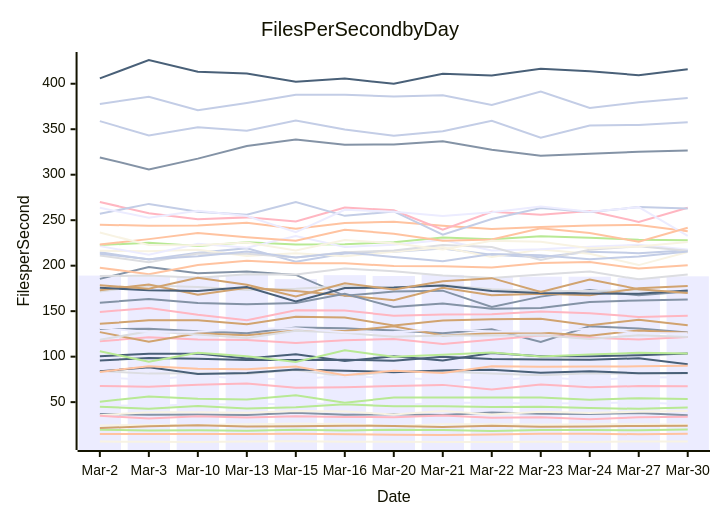
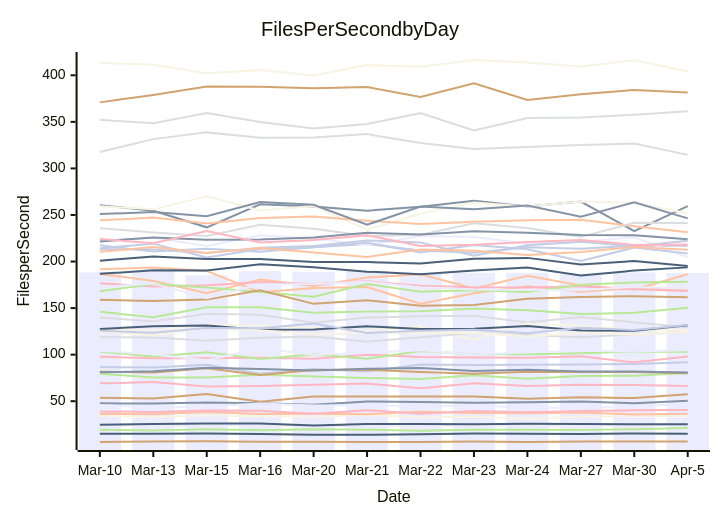
Before and after one commit to streetsidesoftware/cspell: the diagram in perf-report.md, drawn with Mermaid. The commit also changed other lines of this file and 2 other files, not shown here.

````diff
--- a/perf-report.md
+++ b/perf-report.md
@@ -11,57 +11,57 @@
 ```mermaid
 xychart-beta
     title Files Per Second by Day
     y-axis Files per Second
-    x-axis Date [Mar-2, Mar-3, Mar-10, Mar-13, Mar-15, Mar-16, Mar-20, Mar-21, Mar-22, Mar-23, Mar-24, Mar-27, Mar-30]
-    bar [189.15, 187.99, 188.38, 189.98, 185.21, 189.57, 188.63, 189.87, 187.45, 187.93, 187.93, 186.35, 188.30]
-    line [130.27, 130.71, 127.81, 125.76, 132.01, 131.14, 128.67, 125.67, 130.11, 116.06, 133.46, 130.91, 126.44]
-    line [15.09, 15.05, 14.93, 14.92, 15.23, 14.84, 14.06, 13.99, 14.45, 15.39, 15.15, 14.76, 15.30]
-    line [84.29, 81.35, 81.66, 80.93, 85.41, 78.19, 83.51, 83.81, 81.43, 79.47, 81.70, 81.36, 81.35]
-    line [19.63, 18.78, 19.22, 18.67, 19.78, 18.71, 19.79, 19.47, 18.35, 19.30, 19.37, 19.08, 19.88]
-    line [136.06, 139.99, 140.01, 135.63, 143.93, 142.95, 134.36, 139.82, 141.15, 141.79, 134.53, 140.55, 134.62]
-    line [214.66, 206.78, 214.22, 219.20, 204.44, 213.42, 215.32, 218.95, 211.96, 209.30, 215.41, 213.73, 216.98]
-    line [116.93, 121.24, 118.95, 118.40, 114.99, 118.14, 119.47, 113.95, 118.70, 123.16, 121.00, 118.77, 121.60]
-    line [100.48, 103.18, 103.33, 98.05, 102.55, 95.32, 100.34, 95.68, 103.94, 100.49, 100.37, 101.61, 103.43]
-    line [216.40, 215.81, 217.40, 210.64, 213.63, 210.38, 215.44, 220.20, 209.66, 217.73, 213.19, 200.65, 215.04]
-    line [77.40, 74.68, 79.36, 75.39, 75.58, 78.40, 76.58, 74.92, 73.83, 77.77, 74.02, 77.10, 77.41]
-    line [185.47, 198.42, 191.68, 193.62, 189.84, 166.89, 171.60, 172.56, 154.71, 166.00, 173.35, 167.42, 171.49]
-    line [244.96, 243.99, 244.22, 247.23, 240.74, 246.80, 248.37, 243.77, 240.29, 242.61, 244.28, 244.79, 237.77]
-    line [171.61, 178.31, 176.56, 173.19, 174.63, 177.66, 175.92, 178.79, 174.01, 172.30, 172.16, 173.35, 170.18]
-    line [222.82, 225.14, 221.56, 225.82, 223.33, 223.62, 225.78, 230.86, 229.00, 232.44, 230.81, 228.49, 228.09]
-    line [173.05, 179.29, 168.17, 175.84, 172.23, 167.20, 162.09, 175.73, 167.53, 169.26, 167.37, 175.14, 177.59]
-    line [377.66, 385.69, 370.91, 378.91, 387.90, 387.80, 386.06, 387.41, 376.59, 391.51, 373.44, 379.72, 384.27]
-    line [270.01, 257.62, 250.97, 253.10, 248.68, 263.99, 260.91, 239.46, 259.16, 256.10, 260.18, 248.06, 263.68]
-    line [83.89, 88.30, 81.02, 82.11, 85.90, 84.63, 82.99, 84.87, 85.57, 82.40, 83.84, 81.84, 82.00]
-    line [24.45, 24.76, 24.74, 25.60, 26.18, 25.98, 23.83, 25.61, 25.64, 25.22, 25.67, 25.63, 25.15]
-    line [221.50, 212.02, 224.11, 219.75, 232.68, 220.52, 223.12, 228.15, 216.79, 218.07, 220.91, 223.03, 217.84]
-    line [37.02, 36.08, 36.38, 35.91, 38.37, 36.25, 36.61, 35.87, 38.67, 37.37, 36.99, 37.97, 35.69]
-    line [197.81, 190.62, 200.86, 205.50, 202.63, 202.69, 199.56, 199.40, 197.96, 202.91, 203.92, 196.82, 200.56]
-    line [211.23, 203.79, 213.30, 213.00, 209.05, 214.75, 216.78, 222.67, 220.47, 206.28, 217.42, 221.24, 216.32]
-    line [50.34, 56.33, 53.77, 52.96, 57.64, 49.40, 55.01, 55.07, 55.14, 54.97, 52.69, 54.36, 53.37]
-    line [21.50, 23.56, 24.56, 23.16, 23.57, 24.07, 23.83, 22.72, 24.07, 23.01, 23.19, 23.80, 24.02]
-    line [257.02, 267.92, 259.39, 256.02, 269.97, 254.79, 259.65, 234.19, 251.38, 263.45, 259.03, 264.42, 262.82]
-    line [149.07, 153.47, 146.06, 140.05, 150.95, 150.81, 144.94, 146.39, 146.52, 149.65, 147.78, 143.68, 144.97]
-    line [95.82, 98.55, 97.82, 96.22, 96.21, 96.60, 95.61, 100.00, 97.34, 96.90, 96.73, 98.18, 91.72]
-    line [6.62, 6.55, 6.32, 6.79, 7.12, 6.59, 6.35, 6.19, 6.26, 6.60, 6.25, 6.74, 6.77]
-    line [46.60, 45.68, 47.70, 47.47, 48.64, 47.90, 46.22, 49.72, 49.15, 48.47, 48.92, 49.74, 47.82]
-    line [159.28, 163.36, 159.01, 157.48, 159.10, 169.05, 154.54, 158.47, 152.54, 153.40, 160.13, 161.83, 162.72]
-    line [83.26, 89.40, 86.73, 86.09, 89.20, 79.46, 84.64, 82.02, 89.37, 88.80, 89.20, 89.35, 90.00]
-    line [188.54, 189.19, 186.81, 190.52, 190.26, 197.02, 193.75, 189.15, 186.42, 190.28, 193.49, 184.99, 190.27]
-    line [44.95, 42.68, 45.79, 43.00, 44.30, 47.55, 45.42, 45.55, 44.76, 44.94, 43.55, 42.67, 44.21]
-    line [126.96, 116.50, 125.61, 123.50, 128.64, 128.22, 133.34, 123.28, 125.66, 126.65, 122.93, 128.82, 126.34]
-    line [358.90, 343.06, 352.21, 348.39, 359.59, 349.81, 342.75, 347.71, 359.34, 340.76, 354.09, 354.69, 357.70]
-    line [67.78, 66.98, 69.18, 70.51, 65.83, 66.30, 67.73, 68.98, 63.91, 69.35, 66.34, 67.66, 67.35]
-    line [175.82, 173.02, 172.27, 176.52, 160.55, 175.49, 175.91, 178.24, 172.29, 170.07, 169.37, 169.09, 172.70]
-    line [35.65, 38.90, 38.99, 38.46, 40.13, 39.77, 36.42, 40.38, 36.50, 39.38, 38.08, 39.48, 40.18]
-    line [263.63, 252.65, 260.43, 254.55, 236.73, 261.47, 259.22, 254.59, 258.80, 265.17, 259.19, 264.34, 232.73]
-    line [319.02, 305.87, 317.67, 331.44, 338.69, 332.97, 333.24, 336.87, 327.34, 320.84, 322.94, 325.27, 326.73]
-    line [223.28, 229.19, 235.85, 231.18, 227.46, 239.47, 235.22, 227.41, 228.79, 241.01, 235.98, 226.38, 241.62]
-    line [118.58, 127.90, 124.38, 120.45, 128.40, 126.26, 121.85, 123.29, 123.31, 123.57, 119.37, 123.63, 121.70]
-    line [106.04, 94.30, 104.19, 100.36, 94.07, 106.95, 99.82, 102.15, 104.63, 100.11, 102.26, 104.28, 103.40]
-    line [178.41, 174.58, 186.65, 179.06, 166.05, 180.55, 173.75, 182.92, 186.30, 171.18, 184.68, 174.16, 169.88]
-    line [213.20, 207.00, 210.46, 215.67, 209.05, 214.60, 209.59, 204.82, 212.94, 211.50, 207.03, 210.21, 215.65]
-    line [34.99, 32.10, 34.36, 33.03, 34.53, 33.80, 33.49, 35.23, 32.80, 33.41, 31.17, 33.44, 33.97]
-    line [405.86, 426.09, 413.29, 411.20, 402.18, 405.65, 399.88, 410.92, 409.10, 416.42, 413.72, 409.38, 416.05]
-    line [236.51, 222.64, 222.38, 225.56, 216.60, 228.18, 224.68, 217.69, 227.52, 226.28, 219.14, 221.19, 226.02]
-    line [131.45, 127.22, 127.60, 130.54, 131.20, 126.76, 126.98, 130.36, 127.52, 127.75, 130.81, 125.94, 125.76]
+    x-axis Date [Mar-10, Mar-13, Mar-15, Mar-16, Mar-20, Mar-21, Mar-22, Mar-23, Mar-24, Mar-27, Mar-30, Apr-5]
+    bar [188.38, 189.98, 185.21, 189.57, 188.63, 189.87, 187.45, 187.93, 187.93, 186.35, 188.30, 187.77]
+    line [47.70, 47.47, 48.64, 47.90, 46.22, 49.72, 49.15, 48.47, 48.92, 49.74, 47.82, 50.60]
+    line [186.65, 179.06, 166.05, 180.55, 173.75, 182.92, 186.30, 171.18, 184.68, 174.16, 169.88, 186.31]
+    line [140.01, 135.63, 143.93, 142.95, 134.36, 139.82, 141.15, 141.79, 134.53, 140.55, 134.62, 129.41]
+    line [146.06, 140.05, 150.95, 150.81, 144.94, 146.39, 146.52, 149.65, 147.78, 143.68, 144.97, 150.41]
+    line [53.77, 52.96, 57.64, 49.40, 55.01, 55.07, 55.14, 54.97, 52.69, 54.36, 53.37, 57.50]
+    line [86.73, 86.09, 89.20, 79.46, 84.64, 82.02, 89.37, 88.80, 89.20, 89.35, 90.00, 91.84]
+    line [69.18, 70.51, 65.83, 66.30, 67.73, 68.98, 63.91, 69.35, 66.34, 67.66, 67.35, 66.27]
+    line [14.93, 14.92, 15.23, 14.84, 14.06, 13.99, 14.45, 15.39, 15.15, 14.76, 15.30, 15.04]
+    line [127.81, 125.76, 132.01, 131.14, 128.67, 125.67, 130.11, 116.06, 133.46, 130.91, 126.44, 126.60]
+    line [24.56, 23.16, 23.57, 24.07, 23.83, 22.72, 24.07, 23.01, 23.19, 23.80, 24.02, 24.42]
+    line [260.43, 254.55, 236.73, 261.47, 259.22, 254.59, 258.80, 265.17, 259.19, 264.34, 232.73, 259.48]
+    line [191.68, 193.62, 189.84, 166.89, 171.60, 172.56, 154.71, 166.00, 173.35, 167.42, 171.49, 169.99]
+    line [352.21, 348.39, 359.59, 349.81, 342.75, 347.71, 359.34, 340.76, 354.09, 354.69, 357.70, 361.27]
+    line [79.36, 75.39, 75.58, 78.40, 76.58, 74.92, 73.83, 77.77, 74.02, 77.10, 77.41, 80.27]
+    line [81.66, 80.93, 85.41, 78.19, 83.51, 83.81, 81.43, 79.47, 81.70, 81.36, 81.35, 80.06]
+    line [214.22, 219.20, 204.44, 213.42, 215.32, 218.95, 211.96, 209.30, 215.41, 213.73, 216.98, 216.90]
+    line [176.56, 173.19, 174.63, 177.66, 175.92, 178.79, 174.01, 172.30, 172.16, 173.35, 170.18, 168.23]
+    line [186.81, 190.52, 190.26, 197.02, 193.75, 189.15, 186.42, 190.28, 193.49, 184.99, 190.27, 193.72]
+    line [259.39, 256.02, 269.97, 254.79, 259.65, 234.19, 251.38, 263.45, 259.03, 264.42, 262.82, 251.78]
+    line [222.38, 225.56, 216.60, 228.18, 224.68, 217.69, 227.52, 226.28, 219.14, 221.19, 226.02, 204.66]
+    line [81.02, 82.11, 85.90, 84.63, 82.99, 84.87, 85.57, 82.40, 83.84, 81.84, 82.00, 80.79]
+    line [244.22, 247.23, 240.74, 246.80, 248.37, 243.77, 240.29, 242.61, 244.28, 244.79, 237.77, 231.46]
+    line [235.85, 231.18, 227.46, 239.47, 235.22, 227.41, 228.79, 241.01, 235.98, 226.38, 241.62, 241.32]
+    line [168.17, 175.84, 172.23, 167.20, 162.09, 175.73, 167.53, 169.26, 167.37, 175.14, 177.59, 178.31]
+    line [6.32, 6.79, 7.12, 6.59, 6.35, 6.19, 6.26, 6.60, 6.25, 6.74, 6.77, 6.74]
+    line [217.40, 210.64, 213.63, 210.38, 215.44, 220.20, 209.66, 217.73, 213.19, 200.65, 215.04, 208.68]
+    line [97.82, 96.22, 96.21, 96.60, 95.61, 100.00, 97.34, 96.90, 96.73, 98.18, 91.72, 98.02]
+    line [127.60, 130.54, 131.20, 126.76, 126.98, 130.36, 127.52, 127.75, 130.81, 125.94, 125.76, 131.51]
+    line [34.36, 33.03, 34.53, 33.80, 33.49, 35.23, 32.80, 33.41, 31.17, 33.44, 33.97, 33.79]
+    line [45.79, 43.00, 44.30, 47.55, 45.42, 45.55, 44.76, 44.94, 43.55, 42.67, 44.21, 47.20]
+    line [221.56, 225.82, 223.33, 223.62, 225.78, 230.86, 229.00, 232.44, 230.81, 228.49, 228.09, 223.86]
+    line [36.38, 35.91, 38.37, 36.25, 36.61, 35.87, 38.67, 37.37, 36.99, 37.97, 35.69, 36.57]
+    line [118.95, 118.40, 114.99, 118.14, 119.47, 113.95, 118.70, 123.16, 121.00, 118.77, 121.60, 124.24]
+    line [103.33, 98.05, 102.55, 95.32, 100.34, 95.68, 103.94, 100.49, 100.37, 101.61, 103.43, 103.20]
+    line [159.01, 157.48, 159.10, 169.05, 154.54, 158.47, 152.54, 153.40, 160.13, 161.83, 162.72, 161.59]
+    line [213.30, 213.00, 209.05, 214.75, 216.78, 222.67, 220.47, 206.28, 217.42, 221.24, 216.32, 222.35]
+    line [38.99, 38.46, 40.13, 39.77, 36.42, 40.38, 36.50, 39.38, 38.08, 39.48, 40.18, 40.57]
+    line [24.74, 25.60, 26.18, 25.98, 23.83, 25.61, 25.64, 25.22, 25.67, 25.63, 25.15, 25.18]
+    line [124.38, 120.45, 128.40, 126.26, 121.85, 123.29, 123.31, 123.57, 119.37, 123.63, 121.70, 124.35]
+    line [104.19, 100.36, 94.07, 106.95, 99.82, 102.15, 104.63, 100.11, 102.26, 104.28, 103.40, 104.82]
+    line [250.97, 253.10, 248.68, 263.99, 260.91, 239.46, 259.16, 256.10, 260.18, 248.06, 263.68, 246.30]
+    line [210.46, 215.67, 209.05, 214.60, 209.59, 204.82, 212.94, 211.50, 207.03, 210.21, 215.65, 212.67]
+    line [317.67, 331.44, 338.69, 332.97, 333.24, 336.87, 327.34, 320.84, 322.94, 325.27, 326.73, 314.54]
+    line [19.22, 18.67, 19.78, 18.71, 19.79, 19.47, 18.35, 19.30, 19.37, 19.08, 19.88, 21.30]
+    line [370.91, 378.91, 387.90, 387.80, 386.06, 387.41, 376.59, 391.51, 373.44, 379.72, 384.27, 381.48]
+    line [125.61, 123.50, 128.64, 128.22, 133.34, 123.28, 125.66, 126.65, 122.93, 128.82, 126.34, 131.96]
+    line [224.11, 219.75, 232.68, 220.52, 223.12, 228.15, 216.79, 218.07, 220.91, 223.03, 217.84, 218.32]
+    line [200.86, 205.50, 202.63, 202.69, 199.56, 199.40, 197.96, 202.91, 203.92, 196.82, 200.56, 195.27]
+    line [413.29, 411.20, 402.18, 405.65, 399.88, 410.92, 409.10, 416.42, 413.72, 409.38, 416.05, 404.41]
+    line [172.27, 176.52, 160.55, 175.49, 175.91, 178.24, 172.29, 170.07, 169.37, 169.09, 172.70, 171.12]
 ```
````
